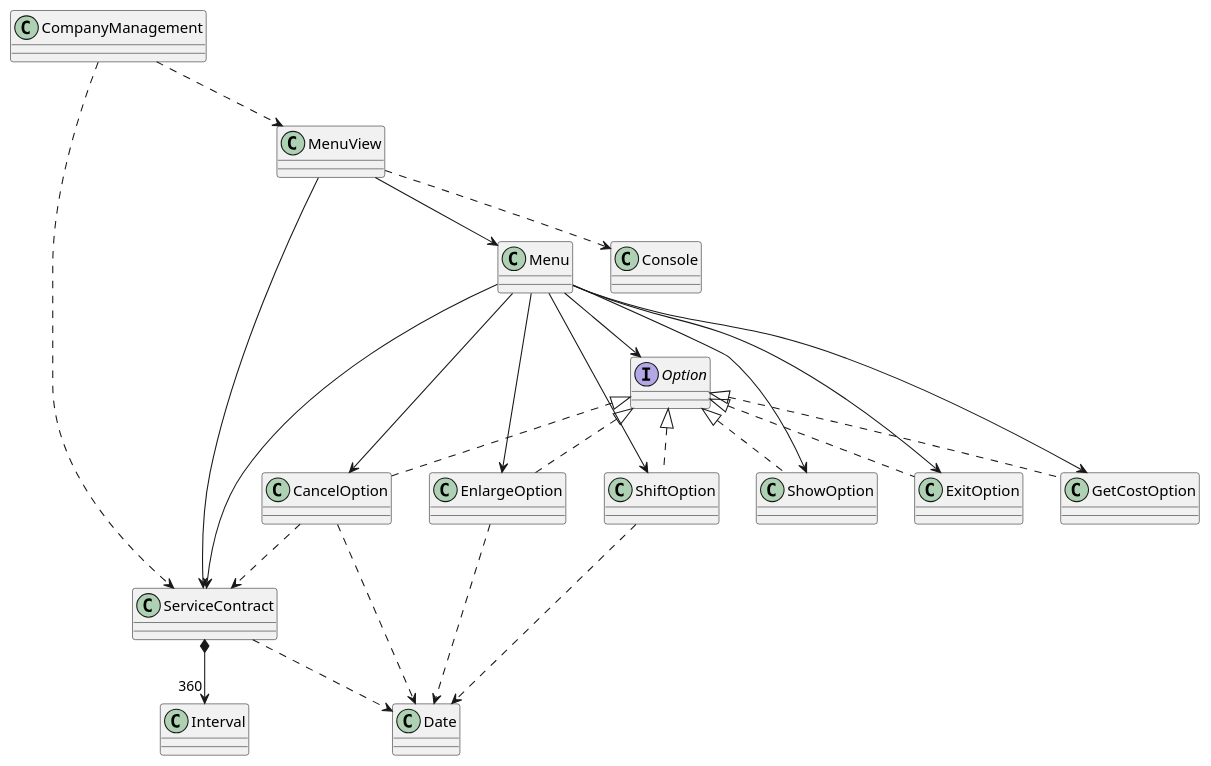
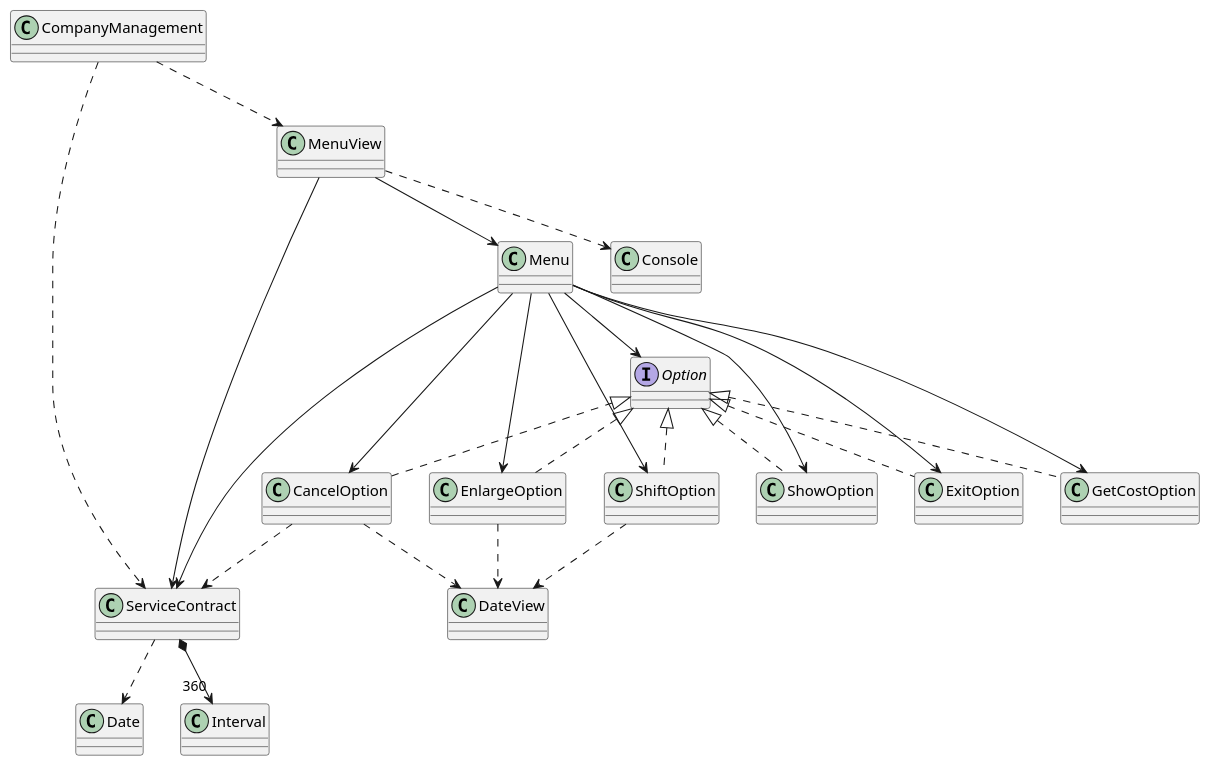
One commit to USantaTecla-ed-mpds/lab-turing changed the diagram in tech-java-basadoObjetos/src/es/usantatecla/companyManagement/UML/ModeloClases.puml. Above: the diagram before and after it, drawn with PlantUML. The commit also changed 2 other files, not shown here.

Commit message:
UML, README and Date changes

```diff
--- a/tech-java-basadoObjetos/src/es/usantatecla/companyManagement/UML/ModeloClases.puml
+++ b/tech-java-basadoObjetos/src/es/usantatecla/companyManagement/UML/ModeloClases.puml
@@ -1,53 +1,54 @@
 @startuml
 class CompanyManagement
 class ServiceContract
 class MenuView
 class Menu
 class CancelOption
 class ShowOption
 class ExitOption
 class EnlargeOption
 class ShiftOption
 class GetCostOption
 
 class Date
+class DateView
 class Console
 class Interval
 
 interface Option
 
 
 CompanyManagement ..> ServiceContract
 CompanyManagement ..> MenuView
 
 ServiceContract ..> Date
 ServiceContract *--> "360" Interval
 
 MenuView --> ServiceContract
 MenuView --> Menu
 MenuView ..> Console
 
-CancelOption ..> Date
+CancelOption ..> DateView
 CancelOption ..> ServiceContract
 
-EnlargeOption ..> Date
-ShiftOption ..> Date
+EnlargeOption ..> DateView
+ShiftOption ..> DateView
 
 Menu --> ServiceContract
 Menu --> Option
 Menu --> CancelOption
 Menu --> EnlargeOption
 Menu --> ExitOption
 Menu --> GetCostOption
 Menu --> ShiftOption
 Menu --> ShowOption
 
 Option <|.. CancelOption
 Option <|.. EnlargeOption
 Option <|.. ExitOption
 Option <|.. GetCostOption
 Option <|.. ShiftOption
 Option <|.. ShowOption
 
 
 @enduml
```
